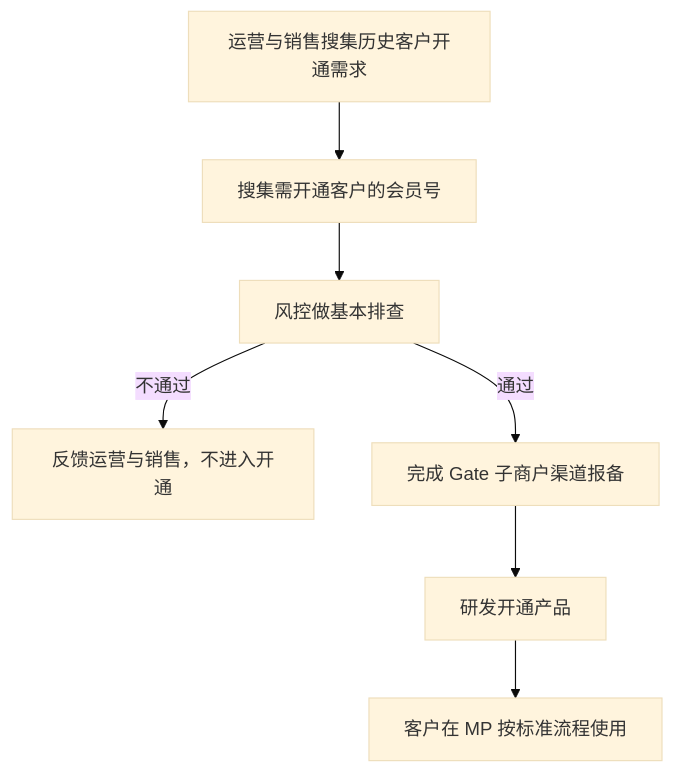
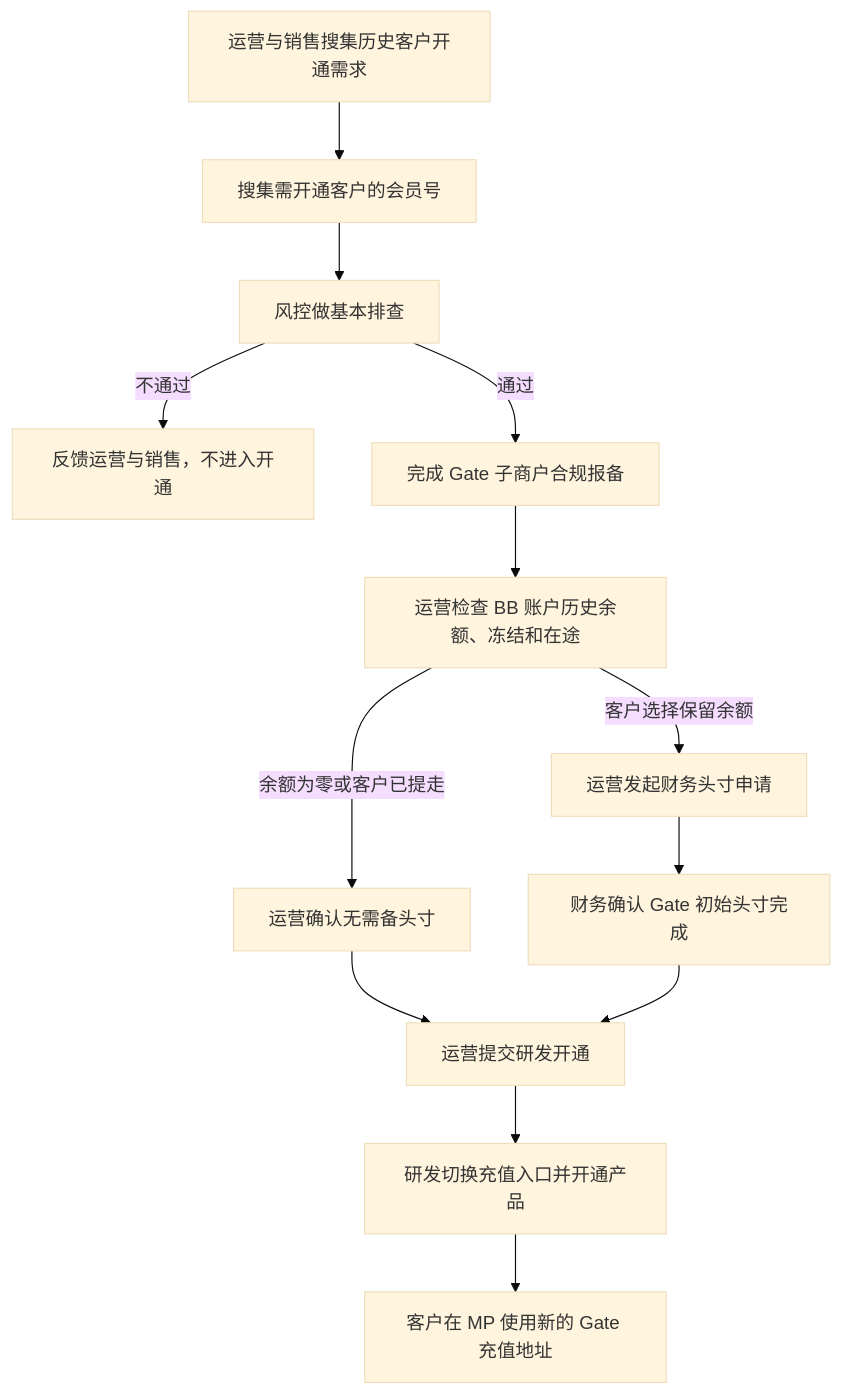
Before and after one commit to xiaoxiaoangie/EX-NEW: the third of 4 diagrams in Newofframp/预约付款-V1-BB单客户版PRD.md, drawn with Mermaid (base theme). The commit also changed other lines of this file and 12 other files, not shown here.

````diff
--- a/Newofframp/预约付款-V1-BB单客户版PRD.md
+++ b/Newofframp/预约付款-V1-BB单客户版PRD.md
@@ -152,9 +190,15 @@
 ```mermaid
 flowchart TD
   A["运营与销售搜集历史客户开通需求"] --> B["搜集需开通客户的会员号"]
   B --> C["风控做基本排查"]
   C -- "不通过" --> D["反馈运营与销售，不进入开通"]
-  C -- "通过" --> E["完成 Gate 子商户渠道报备"]
-  E --> F["研发开通产品"]
-  F --> G["客户在 MP 按标准流程使用"]
+  C -- "通过" --> E["完成 Gate 子商户合规报备"]
+  E --> F["运营检查 BB 账户历史余额、冻结和在途"]
+  F -- "余额为零或客户已提走" --> G["运营确认无需备头寸"]
+  F -- "客户选择保留余额" --> H["运营发起财务头寸申请"]
+  H --> I["财务确认 Gate 初始头寸完成"]
+  G --> J["运营提交研发开通"]
+  I --> J
+  J --> K["研发切换充值入口并开通产品"]
+  K --> L["客户在 MP 使用新的 Gate 充值地址"]
 ```
````
